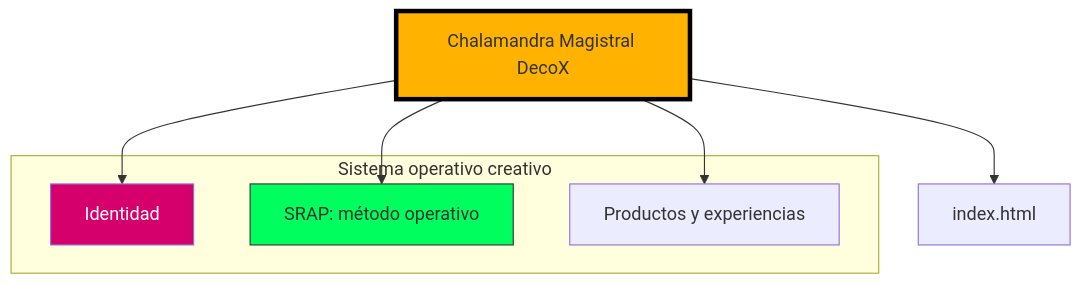
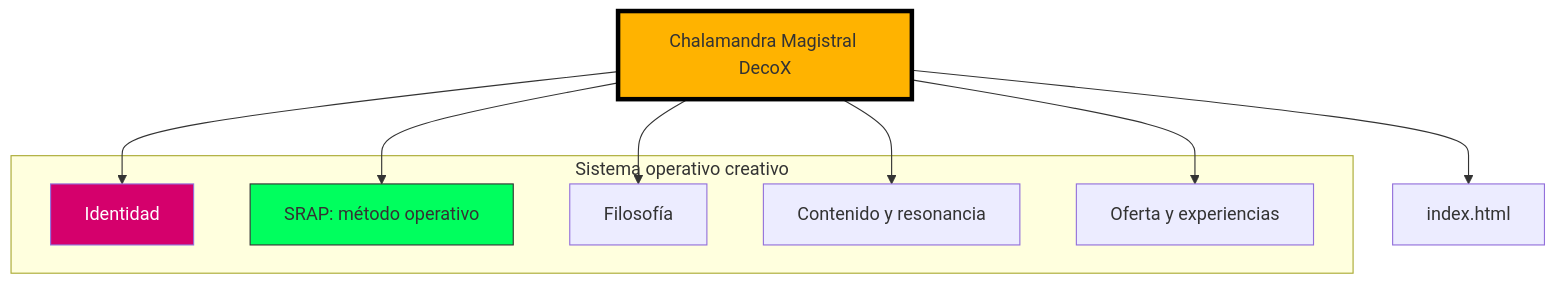
Before and after one commit to Chalamandra-Magistral-deco/CHALAMANDRA-MAGISTRAL: the diagram in README.md, drawn with Mermaid. The commit also changed other lines of this file and 4 other files, not shown here.

````diff
--- a/README.md
+++ b/README.md
@@ -22,17 +29,21 @@
 ```mermaid
 graph TD
     Main[Chalamandra Magistral DecoX] --> Identity[Identidad]
     Main --> Method[SRAP: método operativo]
-    Main --> Products[Productos y experiencias]
+    Main --> Philosophy[Filosofía]
+    Main --> Content[Contenido y resonancia]
+    Main --> Products[Oferta y experiencias]
     Main --> Site[index.html]
 
     subgraph "Sistema operativo creativo"
     Identity
+    Philosophy
     Method
+    Content
     Products
     end
 
     style Main fill:#FFB300,stroke:#000,stroke-width:4px
     style Identity fill:#D5006C,color:#fff
     style Method fill:#00FF5E,stroke:#333
 ```
````
